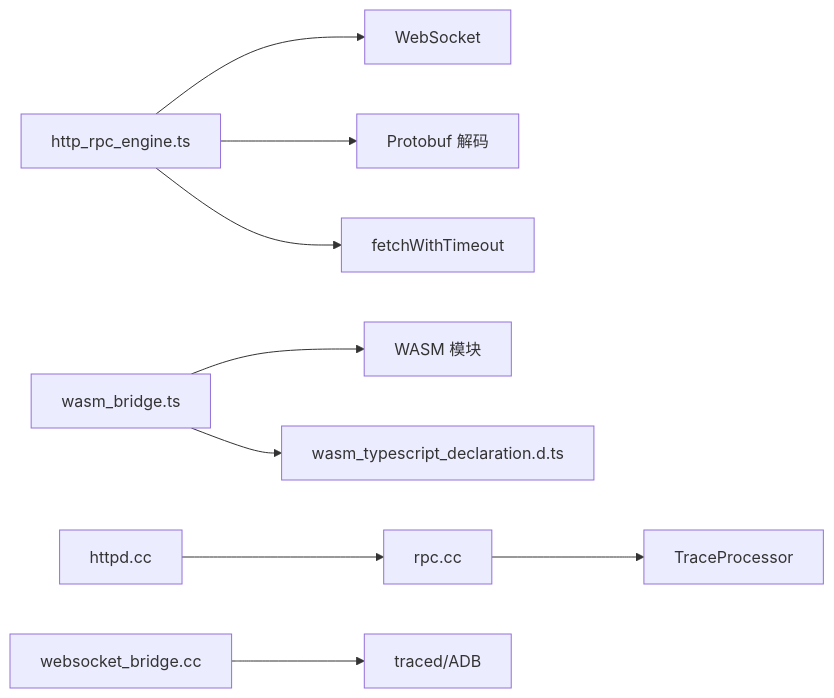
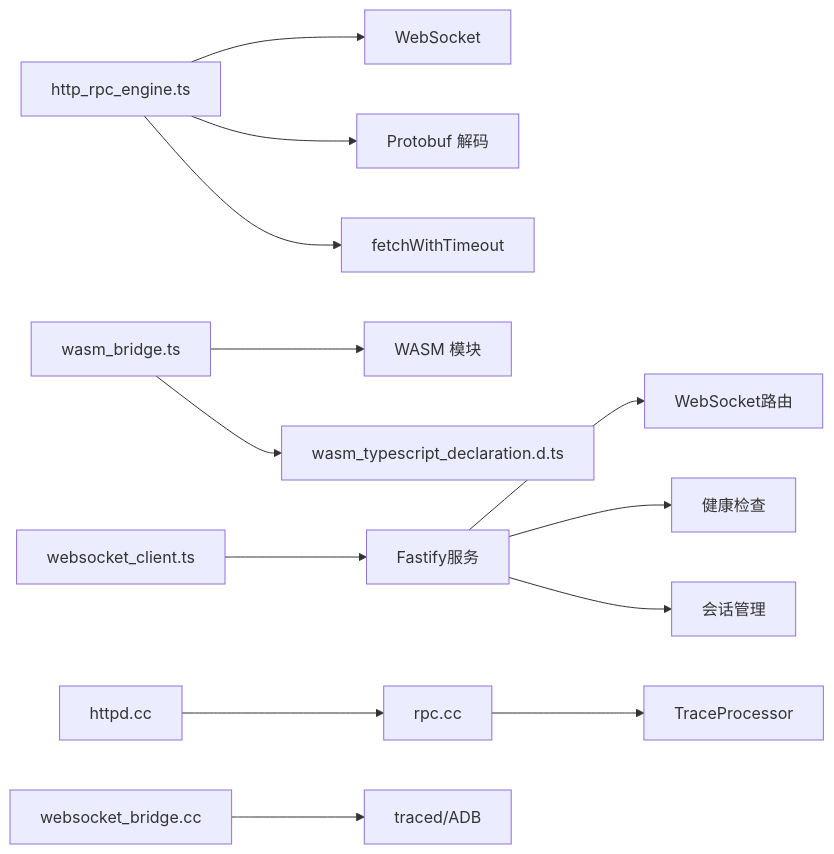
One commit to TracerQi/openperfetto changed diagram 13 of 13 in .qoder/repowiki/zh/content/Web界面和可视化/后端通信和数据流.md. Above: the diagram before and after it, drawn with Mermaid. The commit also changed other lines of this file and 706 other files, not shown here.

````diff
--- a/.qoder/repowiki/zh/content/Web界面和可视化/后端通信和数据流.md
+++ b/.qoder/repowiki/zh/content/Web界面和可视化/后端通信和数据流.md
@@ -339,11 +470,15 @@
 ```mermaid
 graph LR
 FE["http_rpc_engine.ts"] --> WS["WebSocket"]
 FE --> PB["Protobuf 解码"]
 FE --> HTTP["fetchWithTimeout"]
 WASM_TS["wasm_bridge.ts"] --> WASM_MOD["WASM 模块"]
 WASM_TS --> TS_DECL["wasm_typescript_declaration.d.ts"]
+OP_WS["websocket_client.ts"] --> FASTIFY["Fastify服务"]
 HTTPD["httpd.cc"] --> RPC["rpc.cc"]
 RPC --> TP["TraceProcessor"]
 WSBR["websocket_bridge.cc"] --> TRACED["traced/ADB"]
+FASTIFY --> WS_ROUTE["WebSocket路由"]
+FASTIFY --> HEALTH["健康检查"]
+FASTIFY --> SESS_MGR["会话管理"]
 ```
````
